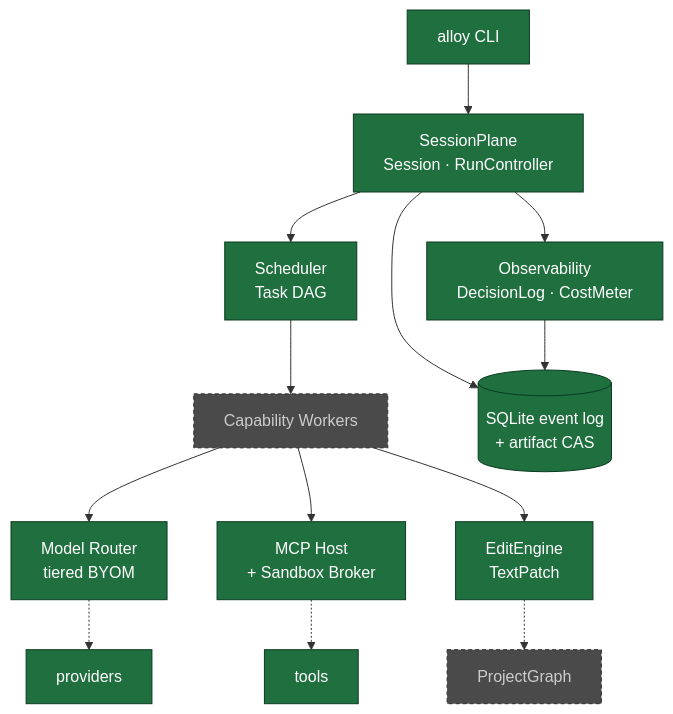
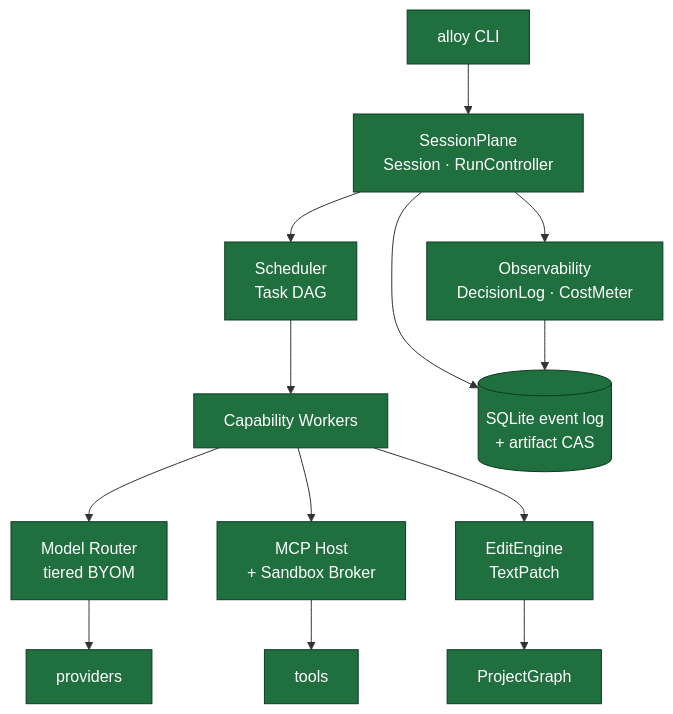
One commit to arkadianet/Alloy changed the diagram in README.md. Above: the diagram before and after it, drawn with Mermaid. The commit also changed other lines of this file and 9 other files, not shown here.

````diff
--- a/README.md
+++ b/README.md
@@ -56,23 +57,21 @@
 ```mermaid
 flowchart TB
   CLI["alloy CLI"] --> SP["SessionPlane<br/>Session · RunController"]
   SP --> SCHED["Scheduler<br/>Task DAG"]
   SCHED --> WORK["Capability Workers"]
 
   WORK --> ROUTER["Model Router<br/>tiered BYOM"]
   WORK --> MCP["MCP Host<br/>+ Sandbox Broker"]
   WORK --> EDIT["EditEngine<br/>TextPatch"]
 
   SP --> STORE[("SQLite event log<br/>+ artifact CAS")]
   SP --> OBS["Observability<br/>DecisionLog · CostMeter"]
   OBS --> STORE
 
-  ROUTER -.-> PROV["providers"]
-  MCP -.-> TOOLS["tools"]
-  EDIT -.-> GRAPH["ProjectGraph"]
+  ROUTER --> PROV["providers"]
+  MCP --> TOOLS["tools"]
+  EDIT --> GRAPH["ProjectGraph"]
 
   classDef done fill:#1f6f3f,stroke:#0d3b21,color:#fff
-  classDef todo fill:#4a4a4a,stroke:#2b2b2b,color:#ccc,stroke-dasharray:4 3
-  class CLI,SP,STORE,OBS,SCHED,ROUTER,MCP,EDIT,PROV,TOOLS done
-  class WORK,GRAPH todo
+  class CLI,SP,STORE,OBS,SCHED,ROUTER,MCP,EDIT,PROV,TOOLS,WORK,GRAPH done
 ```
````
